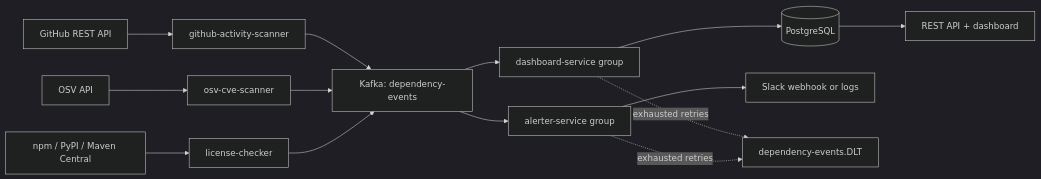
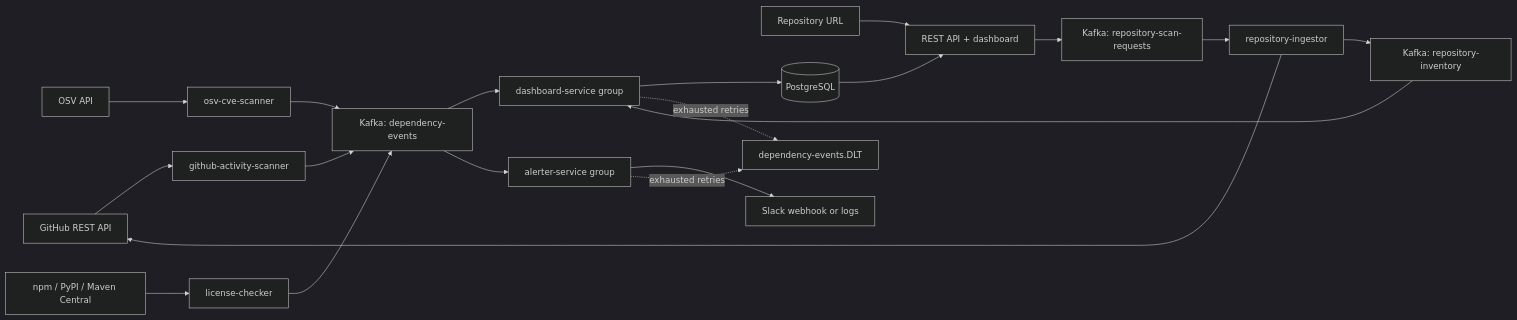
Before and after one commit to aravdash/dependencymonitor: the diagram in README.md, drawn with Mermaid (dark theme). The commit also changed other lines of this file and 43 other files, not shown here.

````diff
--- a/README.md
+++ b/README.md
@@ -5,16 +5,22 @@
 ```mermaid
 flowchart LR
   GitHub[GitHub REST API] --> G[github-activity-scanner]
   OSV[OSV API] --> O[osv-cve-scanner]
   Registries[npm / PyPI / Maven Central] --> L[license-checker]
+  User[Repository URL] --> UI[Dashboard]
+  UI --> RQ[Kafka: repository-scan-requests]
+  RQ --> R[repository-ingestor]
+  R --> GitHub
+  R --> INV[Kafka: repository-inventory]
+  INV --> D
   G --> K[Kafka: dependency-events]
   O --> K
   L --> K
   K --> D[dashboard-service group]
   K --> A[alerter-service group]
   D --> DB[(PostgreSQL)]
   DB --> UI[REST API + dashboard]
   A --> W[Slack webhook or logs]
   D -. exhausted retries .-> DLQ[dependency-events.DLT]
   A -. exhausted retries .-> DLQ
 ```
````
